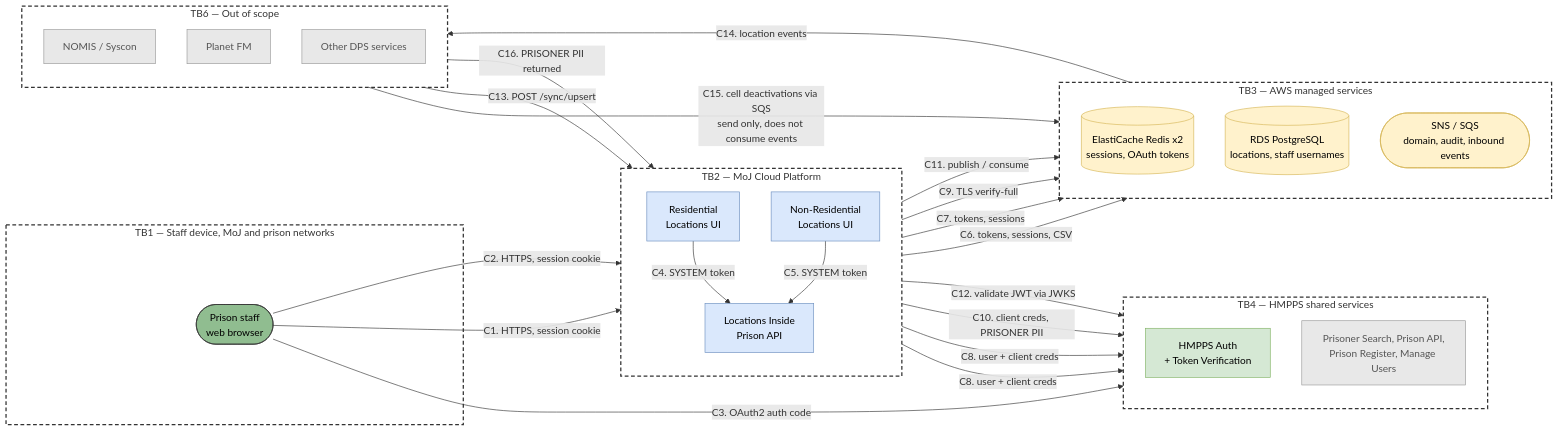
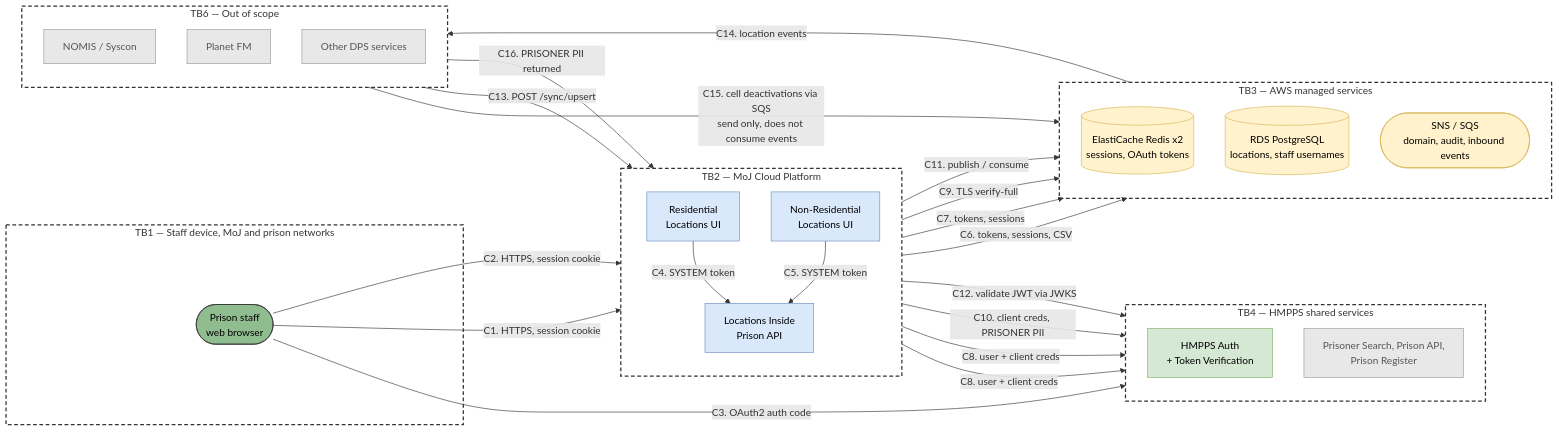
The first of 4 diagrams in docs/data-flow-diagram.md (ministryofjustice/hmpps-locations-inside-prison-api), drawn with Mermaid before and after one commit.

Commit message:
Potential fix for pull request finding

````diff
--- a/docs/data-flow-diagram.md
+++ b/docs/data-flow-diagram.md
@@ -33,68 +33,68 @@
 ```mermaid
 flowchart LR
 
   subgraph tb1["TB1 — Staff device, MoJ and prison networks"]
     staff(["Prison staff<br/>web browser"])
   end
 
   subgraph tb2["TB2 — MoJ Cloud Platform"]
     direction TB
     resiUi["Residential<br/>Locations UI"]
     nonResiUi["Non-Residential<br/>Locations UI"]
     api["Locations Inside<br/>Prison API"]
   end
 
   subgraph tb3["TB3 — AWS managed services"]
     direction TB
     redis[("ElastiCache Redis x2<br/>sessions, OAuth tokens")]
     rds[("RDS PostgreSQL<br/>locations, staff usernames")]
     events(["SNS / SQS<br/>domain, audit, inbound events"])
   end
 
   subgraph tb4["TB4 — HMPPS shared services"]
     direction TB
     auth["HMPPS Auth<br/>+ Token Verification"]
-    shared["Prisoner Search, Prison API,<br/>Prison Register, Manage Users"]
+    shared["Prisoner Search, Prison API,<br/>Prison Register"]
   end
 
   subgraph tb6["TB6 — Out of scope"]
     direction TB
     nomis["NOMIS / Syscon"]
     planetfm["Planet FM"]
     dps["Other DPS services"]
   end
 
   staff -->|"C1. HTTPS, session cookie"| resiUi
   staff -->|"C2. HTTPS, session cookie"| nonResiUi
   staff -->|"C3. OAuth2 auth code"| auth
 
   resiUi -->|"C4. SYSTEM token"| api
   nonResiUi -->|"C5. SYSTEM token"| api
   resiUi -->|"C6. tokens, sessions, CSV"| redis
   nonResiUi -->|"C7. tokens, sessions"| redis
   resiUi & nonResiUi -->|"C8. user + client creds"| auth
 
   api -->|"C9. TLS verify-full"| rds
   api -->|"C10. client creds, PRISONER PII"| shared
   api -->|"C11. publish / consume"| events
   api -->|"C12. validate JWT via JWKS"| auth
 
   nomis -->|"C13. POST /sync/upsert"| api
   events -->|"C14. location events"| nomis
   planetfm -->|"C15. cell deactivations via SQS<br/>send only, does not consume events"| events
   dps -->|"C16. PRISONER PII returned"| api
 
   classDef boundary fill:none,stroke:#333,stroke-width:2px,stroke-dasharray: 6 4
   classDef outOfScope fill:#e8e8e8,stroke:#999,color:#555
   classDef store fill:#fff2cc,stroke:#d6b656,color:#000
   classDef process fill:#dae8fc,stroke:#6c8ebf,color:#000
   classDef external fill:#d5e8d4,stroke:#82b366,color:#000
   classDef actor fill:#90BD90,stroke:#333,color:#000
 
   class tb1,tb2,tb3,tb4,tb6 boundary
   class nomis,planetfm,dps,shared outOfScope
   class redis,rds,events store
   class resiUi,nonResiUi,api process
   class auth external
   class staff actor
 ```
````
